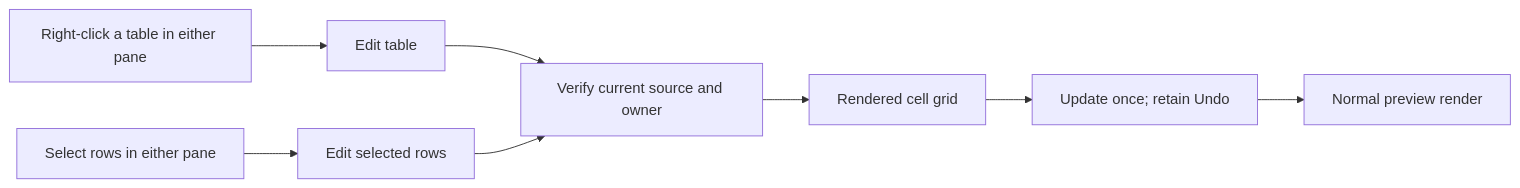
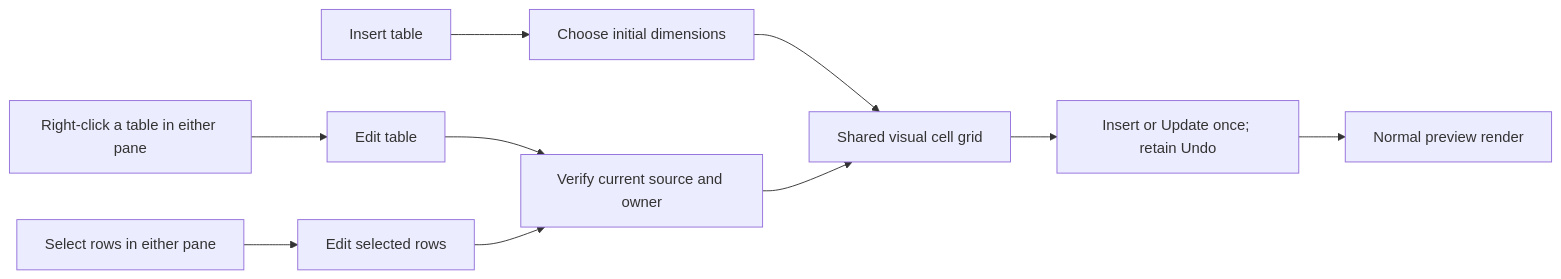
One commit to lostinsea/markaloo changed the diagram in docs/CUSTOMIZATIONS.md. Above: the diagram before and after it, drawn with Mermaid. The commit also changed other lines of this file and 25 other files, not shown here.

````diff
--- a/docs/CUSTOMIZATIONS.md
+++ b/docs/CUSTOMIZATIONS.md
@@ -98,10 +115,12 @@
 ```mermaid
 flowchart LR
+    N["Insert table"] --> C["Choose initial dimensions"]
+    C --> D["Shared visual cell grid"]
     A["Right-click a table in either pane"] --> B["Edit table"]
     S["Select rows in either pane"] --> R["Edit selected rows"]
     B --> V["Verify current source and owner"]
     R --> V
-    V --> D["Rendered cell grid"]
-    D --> E["Update once; retain Undo"]
+    V --> D
+    D --> E["Insert or Update once; retain Undo"]
     E --> F["Normal preview render"]
 ```
````
